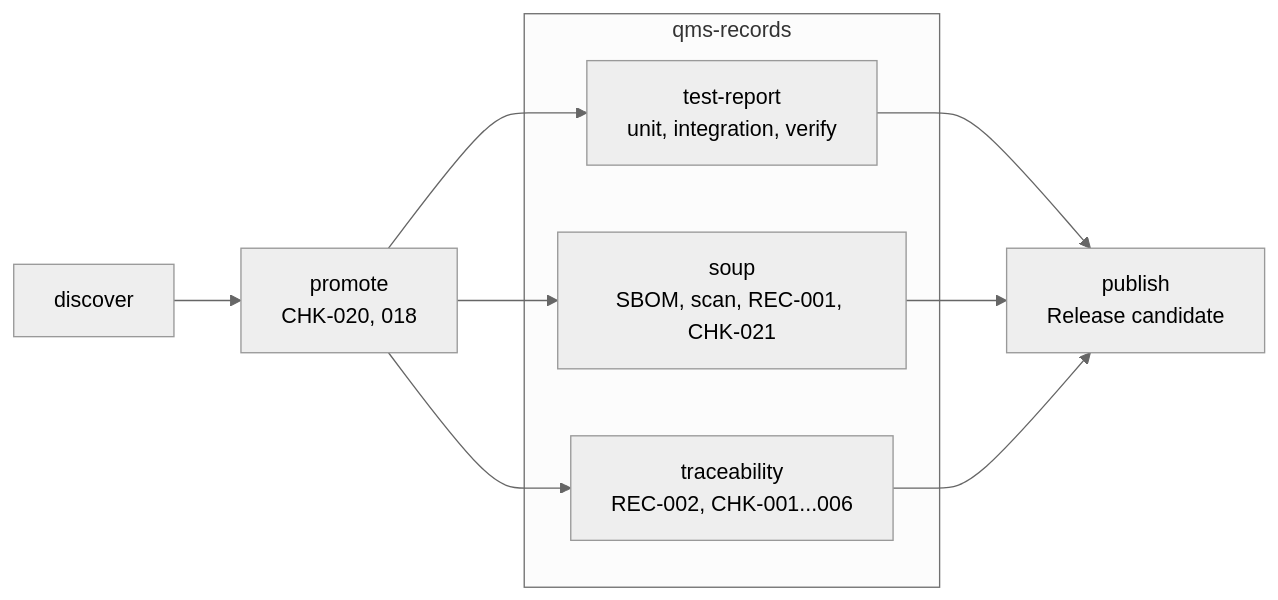
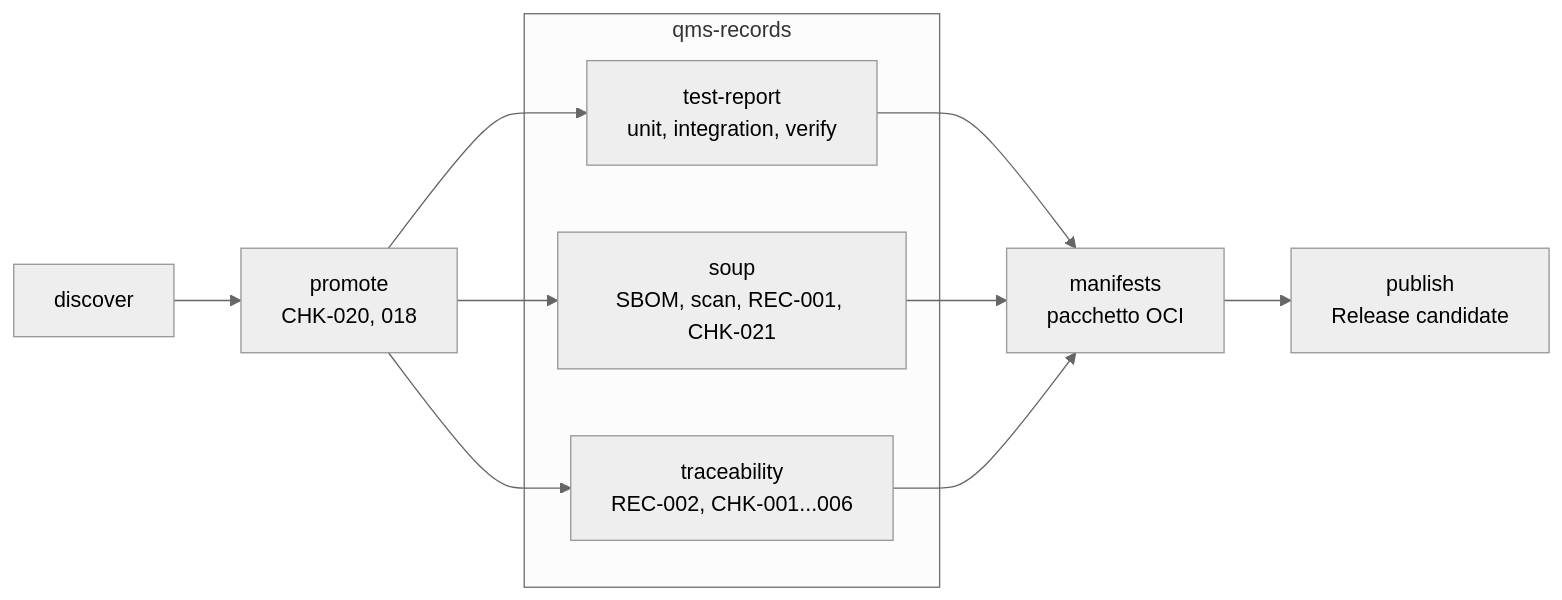
One commit to H-EALTH/shared-workflows changed the first of 2 diagrams in docs/cd.md. Above: the diagram before and after it, drawn with Mermaid (neutral theme). The commit also changed other lines of this file and 9 other files, not shown here.

Commit message:
Flussi composti product-ci e product-release, stazione manifests

````diff
--- a/docs/cd.md
+++ b/docs/cd.md
@@ -19,15 +20,16 @@
 ```mermaid
 flowchart LR
     DI[discover] --> P["promote<br>CHK-020, 018"]
     subgraph Q[qms-records]
         T["test-report<br>unit, integration, verify"]
         S["soup<br>SBOM, scan, REC-001, CHK-021"]
         M["traceability<br>REC-002, CHK-001...006"]
     end
     P --> T
     P --> S
     P --> M
-    T --> R["publish<br>Release candidate"]
-    S --> R
-    M --> R
+    T --> K["manifests<br>pacchetto OCI"]
+    S --> K
+    M --> K
+    K --> R["publish<br>Release candidate"]
 ```
````
